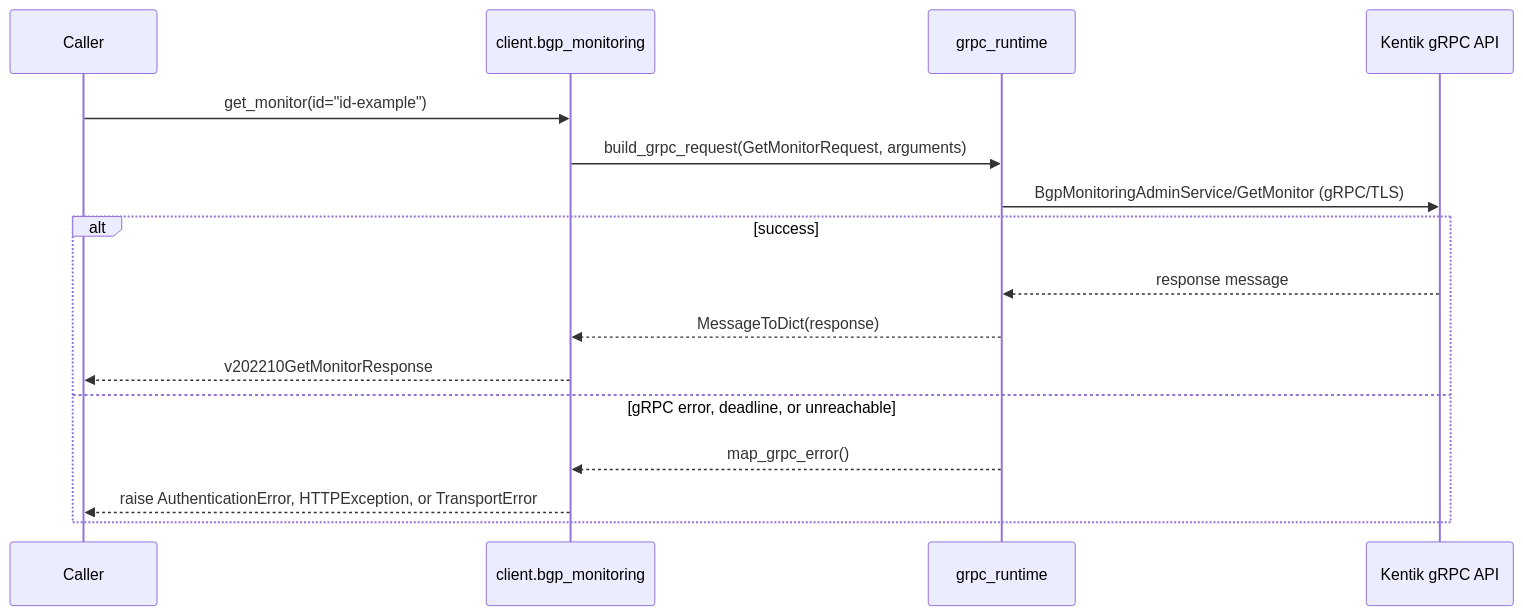
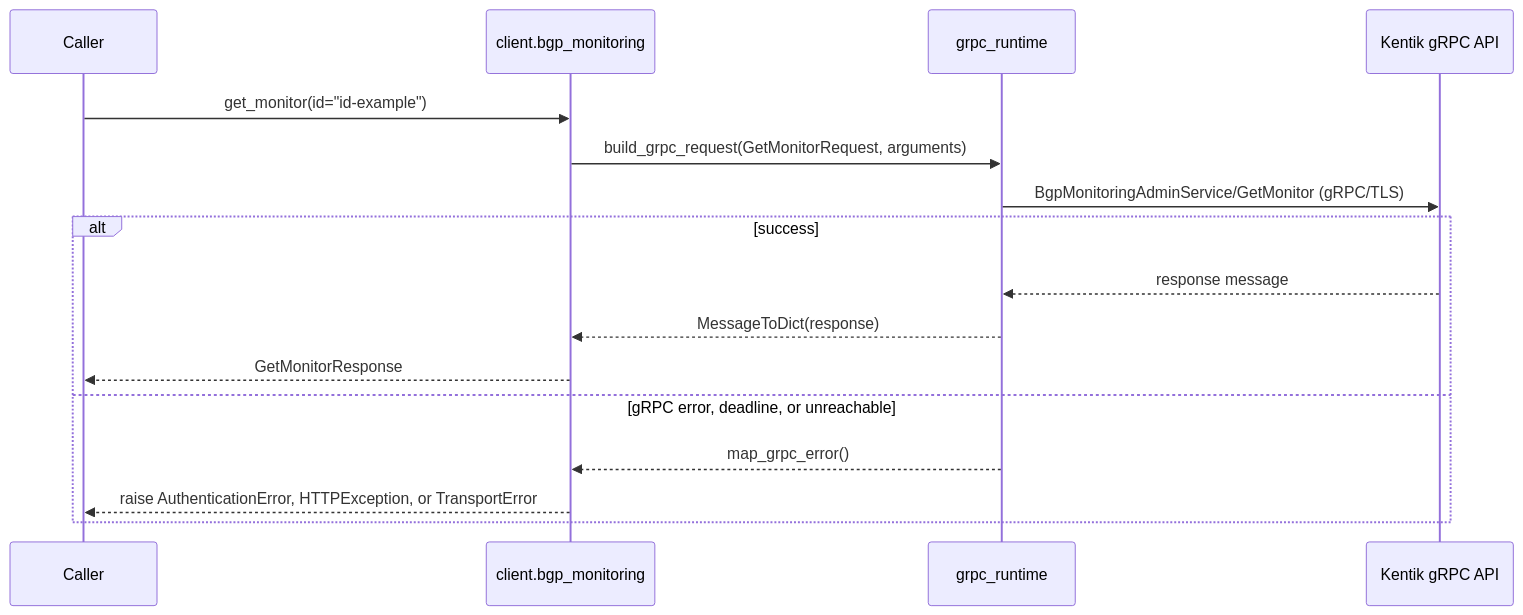
One commit to alexdearaujo/community_sdk_python changed diagram 11 of 18 in docs/sphinx/services/bgp_monitoring.md. Above: the diagram before and after it, drawn with Mermaid. The commit also changed other lines of this file and 38 other files, not shown here.

````diff
--- a/docs/sphinx/services/bgp_monitoring.md
+++ b/docs/sphinx/services/bgp_monitoring.md
@@ -357,19 +357,19 @@
 ```mermaid
 sequenceDiagram
     participant C as Caller
     participant W as client.bgp_monitoring
     participant R as grpc_runtime
     participant API as Kentik gRPC API
 
     C->>W: get_monitor(id="id-example")
     W->>R: build_grpc_request(GetMonitorRequest, arguments)
     R->>API: BgpMonitoringAdminService/GetMonitor (gRPC/TLS)
     alt success
         API-->>R: response message
         R-->>W: MessageToDict(response)
-        W-->>C: v202210GetMonitorResponse
+        W-->>C: GetMonitorResponse
     else gRPC error, deadline, or unreachable
         R-->>W: map_grpc_error()
         W-->>C: raise AuthenticationError, HTTPException, or TransportError
     end
 ```
````
